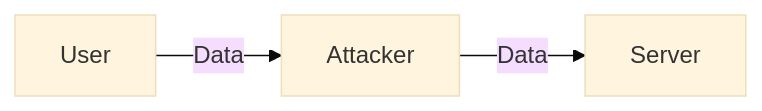
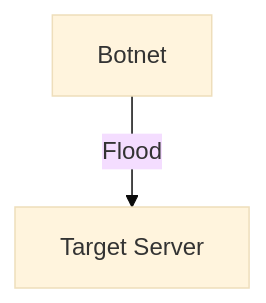
One commit to Attash2312/cntheory changed the diagram in ch1/1.6_Networks_Under_Attack.md. Above: the diagram before and after it, drawn with Mermaid (base theme). The commit also changed other lines of this file and 77 other files, not shown here.

````diff
--- a/ch1/1.6_Networks_Under_Attack.md
+++ b/ch1/1.6_Networks_Under_Attack.md
@@ -24,5 +46,4 @@
 ```mermaid
-graph LR
-  A[User] -- Data --> C[Attacker]
-  C -- Data --> B[Server]
+graph TD
+  A[Botnet] -- Flood --> B[Target Server]
 ```
````
